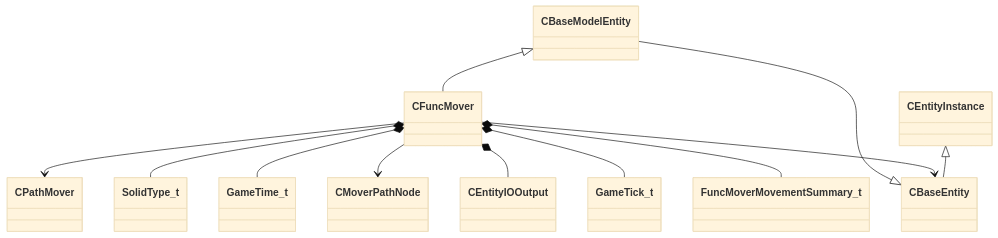
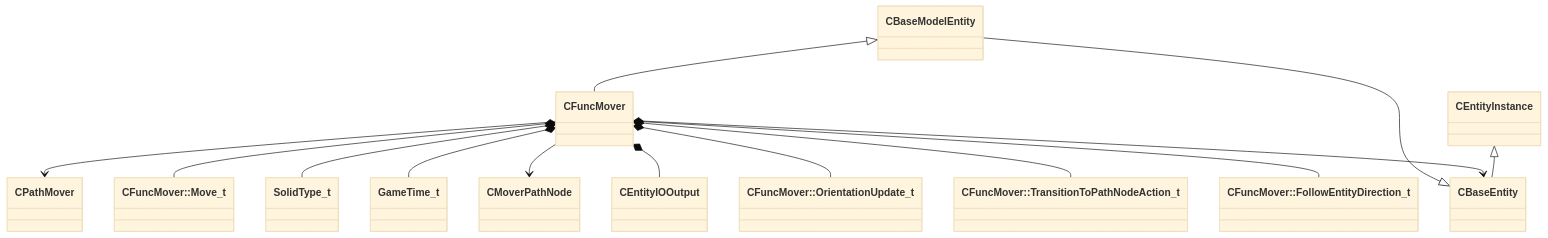
The diagram in docs/generated/schemas/server/CFuncMover.md (CS2OpenDev/CS2OpenDev-Docs), drawn with Mermaid (base theme) before and after one commit. The commit also changed other lines of this file and 4525 other files, not shown here.

````diff
--- a/docs/generated/schemas/server/CFuncMover.md
+++ b/docs/generated/schemas/server/CFuncMover.md
@@ -17,14 +19,16 @@
 ```mermaid
 classDiagram
     CBaseModelEntity <|-- CFuncMover
     CBaseEntity <|-- CBaseModelEntity
     CEntityInstance <|-- CBaseEntity
     CFuncMover --> CPathMover
+    CFuncMover *-- `CFuncMover::Move_t`
     CFuncMover *-- SolidType_t
     CFuncMover *-- GameTime_t
     CFuncMover --> CMoverPathNode
     CFuncMover *-- CEntityIOOutput
+    CFuncMover *-- `CFuncMover::OrientationUpdate_t`
     CFuncMover --> CBaseEntity
-    CFuncMover *-- GameTick_t
-    CFuncMover *-- FuncMoverMovementSummary_t
+    CFuncMover *-- `CFuncMover::TransitionToPathNodeAction_t`
+    CFuncMover *-- `CFuncMover::FollowEntityDirection_t`
 ```
````
